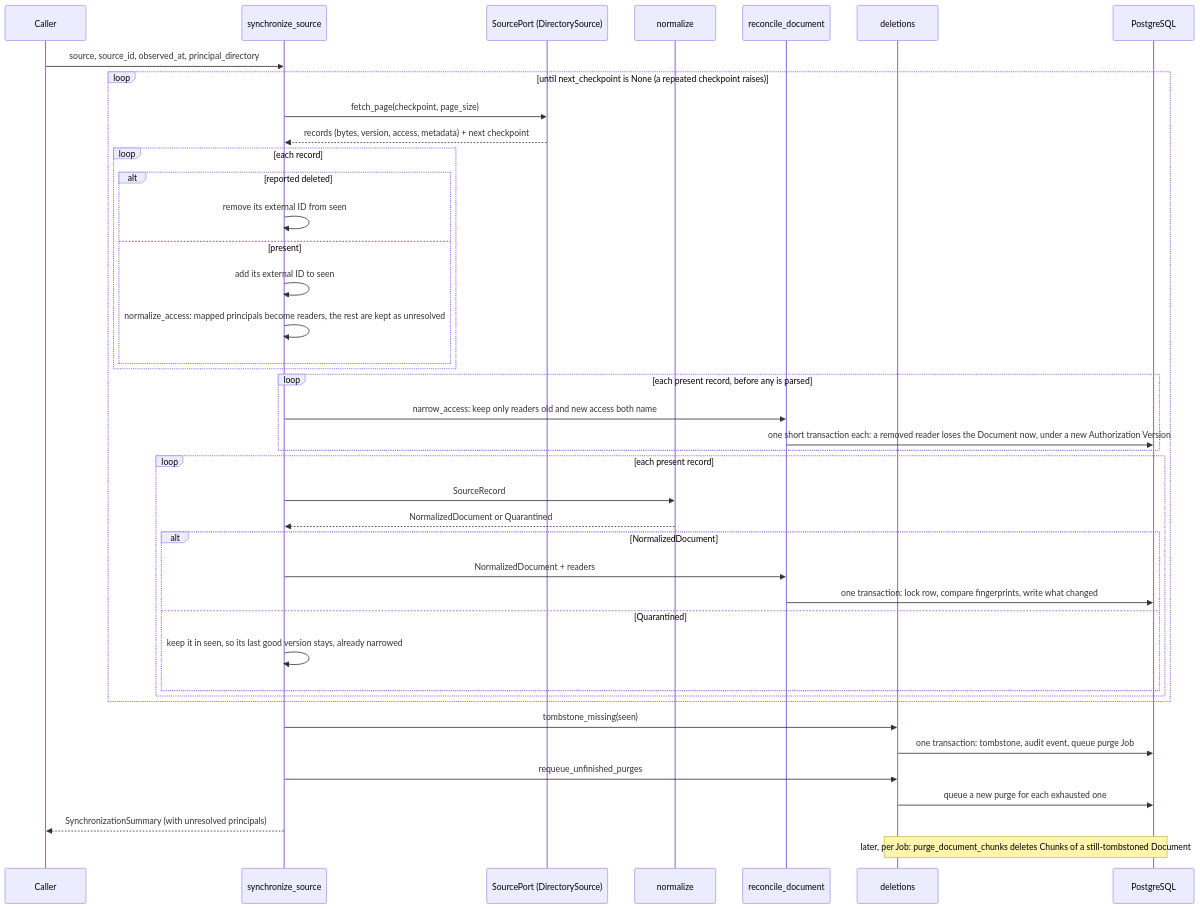
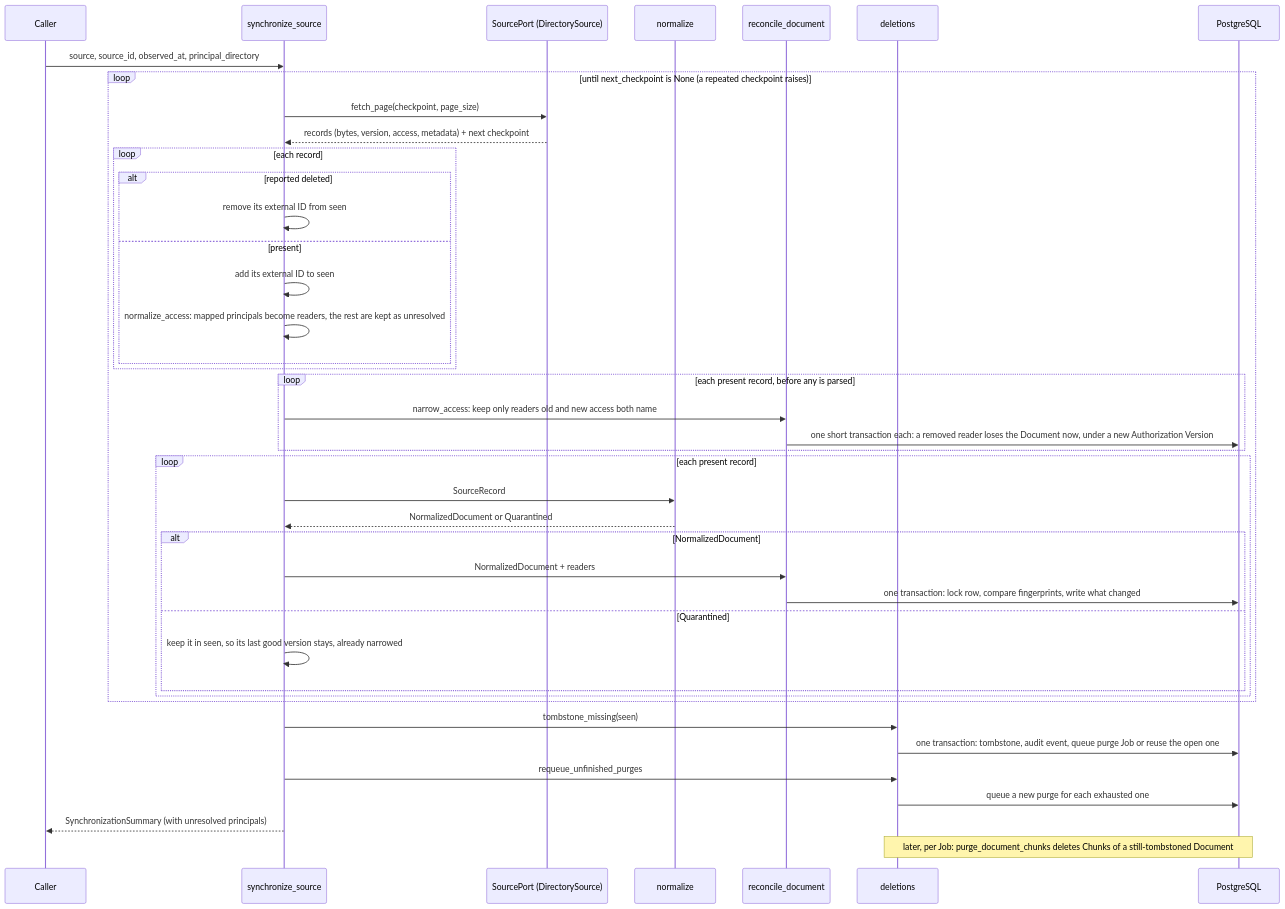
Before and after one commit to ivanverenich/knowledge-service: the fifth of 10 diagrams in docs/architecture.md, drawn with Mermaid. The commit also changed other lines of this file and 19 other files, not shown here.

First line of the commit message:
feat(jobs): enforce single open job per intent and improve job handling

````diff
--- a/docs/architecture.md
+++ b/docs/architecture.md
@@ -222,43 +234,43 @@
 ```mermaid
 sequenceDiagram
     participant Caller
     participant Sync as synchronize_source
     participant Source as SourcePort (DirectorySource)
     participant Norm as normalize
     participant Rec as reconcile_document
     participant Del as deletions
     participant DB as PostgreSQL
     Caller->>Sync: source, source_id, observed_at, principal_directory
     loop until next_checkpoint is None (a repeated checkpoint raises)
         Sync->>Source: fetch_page(checkpoint, page_size)
         Source-->>Sync: records (bytes, version, access, metadata) + next checkpoint
         loop each record
             alt reported deleted
                 Sync->>Sync: remove its external ID from seen
             else present
                 Sync->>Sync: add its external ID to seen
                 Sync->>Sync: normalize_access: mapped principals become readers, the rest are kept as unresolved
             end
         end
         loop each present record, before any is parsed
             Sync->>Rec: narrow_access: keep only readers old and new access both name
             Rec->>DB: one short transaction each: a removed reader loses the Document now, under a new Authorization Version
         end
         loop each present record
             Sync->>Norm: SourceRecord
             Norm-->>Sync: NormalizedDocument or Quarantined
             alt NormalizedDocument
                 Sync->>Rec: NormalizedDocument + readers
                 Rec->>DB: one transaction: lock row, compare fingerprints, write what changed
             else Quarantined
                 Sync->>Sync: keep it in seen, so its last good version stays, already narrowed
             end
         end
     end
     Sync->>Del: tombstone_missing(seen)
-    Del->>DB: one transaction: tombstone, audit event, queue purge Job
+    Del->>DB: one transaction: tombstone, audit event, queue purge Job or reuse the open one
     Sync->>Del: requeue_unfinished_purges
     Del->>DB: queue a new purge for each exhausted one
     Sync-->>Caller: SynchronizationSummary (with unresolved principals)
     Note over Del,DB: later, per Job: purge_document_chunks deletes Chunks of a still-tombstoned Document
 ```
````
